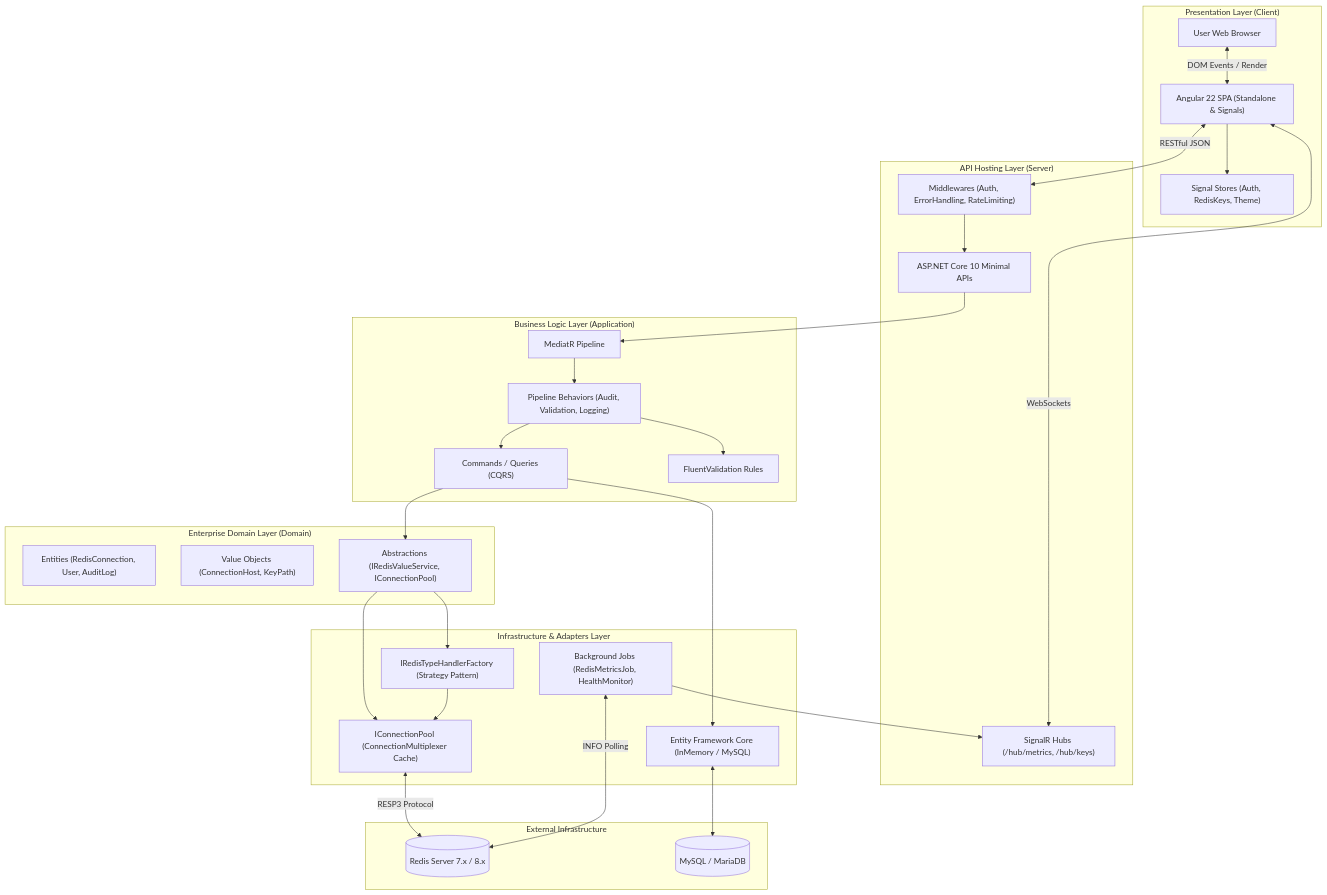
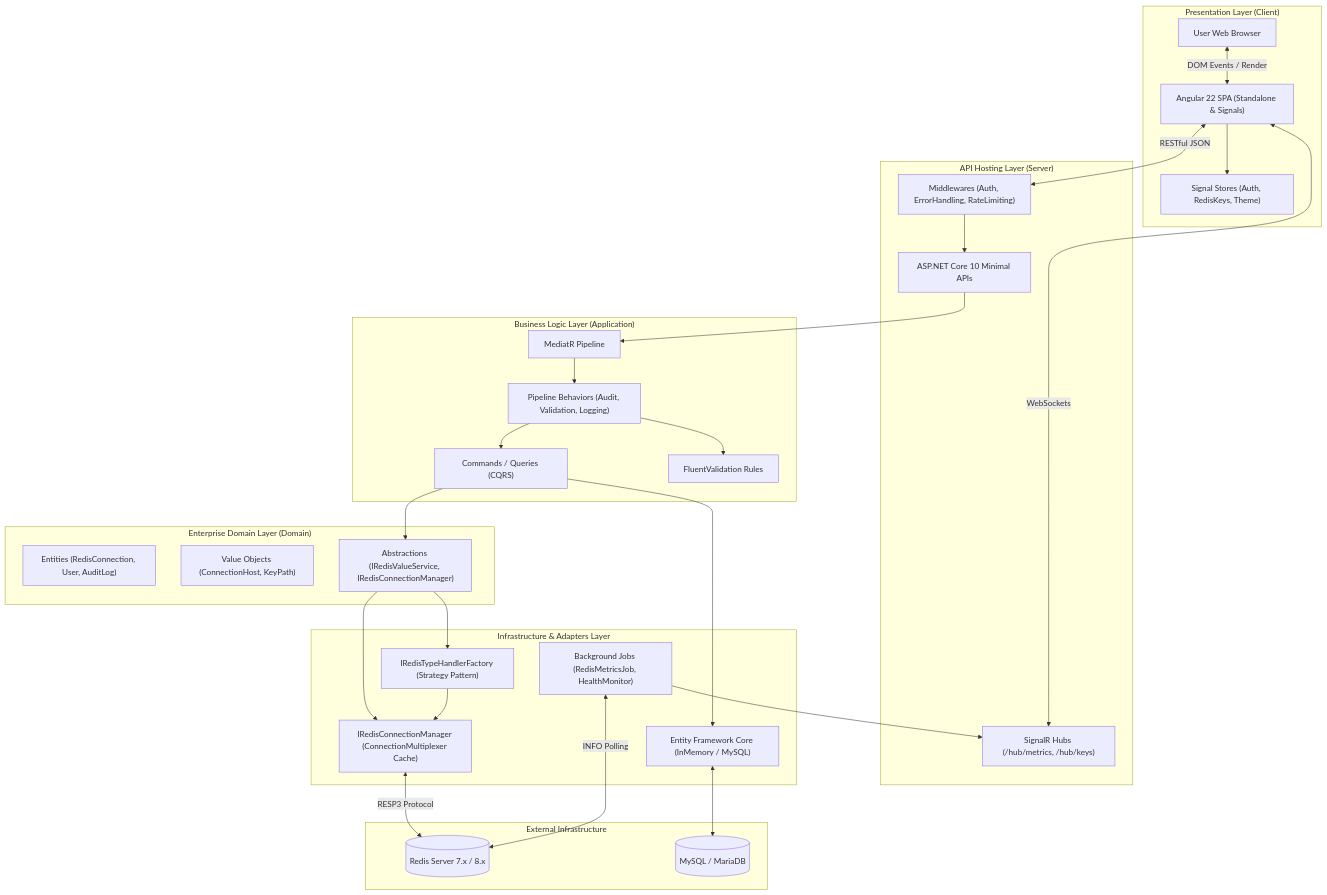
Before and after one commit to dellik95/redis-gui: the first of 8 diagrams in docs/diagrams.md, drawn with Mermaid. The commit also changed other lines of this file and 32 other files, not shown here.

First line of the commit message:
refactor: replace ConnectionPool with robust RedisConnectionManager

````diff
--- a/docs/diagrams.md
+++ b/docs/diagrams.md
@@ -9,58 +9,58 @@
 ```mermaid
 flowchart TD
     subgraph UI ["Presentation Layer (Client)"]
         Browser["User Web Browser"]
         AngularApp["Angular 22 SPA (Standalone & Signals)"]
         SignalStore["Signal Stores (Auth, RedisKeys, Theme)"]
         Browser <-->|DOM Events / Render| AngularApp
         AngularApp --> SignalStore
     end
 
     subgraph Host ["API Hosting Layer (Server)"]
         ServerAPI["ASP.NET Core 10 Minimal APIs"]
         SignalRHubs["SignalR Hubs (/hub/metrics, /hub/keys)"]
         Middlewares["Middlewares (Auth, ErrorHandling, RateLimiting)"]
     end
 
     subgraph AppLayer ["Business Logic Layer (Application)"]
         MediatR["MediatR Pipeline"]
         Behaviors["Pipeline Behaviors (Audit, Validation, Logging)"]
         Commands["Commands / Queries (CQRS)"]
         Validators["FluentValidation Rules"]
     end
 
     subgraph DomainLayer ["Enterprise Domain Layer (Domain)"]
         Entities["Entities (RedisConnection, User, AuditLog)"]
         ValueObjects["Value Objects (ConnectionHost, KeyPath)"]
-        DomainContracts["Abstractions (IRedisValueService, IConnectionPool)"]
+        DomainContracts["Abstractions (IRedisValueService, IRedisConnectionManager)"]
     end
 
     subgraph InfraLayer ["Infrastructure & Adapters Layer"]
-        ConnPool["IConnectionPool (ConnectionMultiplexer Cache)"]
+        ConnPool["IRedisConnectionManager (ConnectionMultiplexer Cache)"]
         TypeFactory["IRedisTypeHandlerFactory (Strategy Pattern)"]
         BgServices["Background Jobs (RedisMetricsJob, HealthMonitor)"]
         EFCore["Entity Framework Core (InMemory / MySQL)"]
     end
 
     subgraph External ["External Infrastructure"]
         RedisServer[("Redis Server 7.x / 8.x")]
         RelationalDB[("MySQL / MariaDB")]
     end
 
     AngularApp <-->|RESTful JSON| Middlewares
     AngularApp <-->|WebSockets| SignalRHubs
     Middlewares --> ServerAPI
     ServerAPI --> MediatR
     MediatR --> Behaviors
     Behaviors --> Validators
     Behaviors --> Commands
     Commands --> DomainContracts
     DomainContracts --> TypeFactory
     DomainContracts --> ConnPool
     TypeFactory --> ConnPool
     ConnPool <-->|RESP3 Protocol| RedisServer
     BgServices <-->|INFO Polling| RedisServer
     BgServices --> SignalRHubs
     EFCore <--> RelationalDB
     Commands --> EFCore
 ```
````
